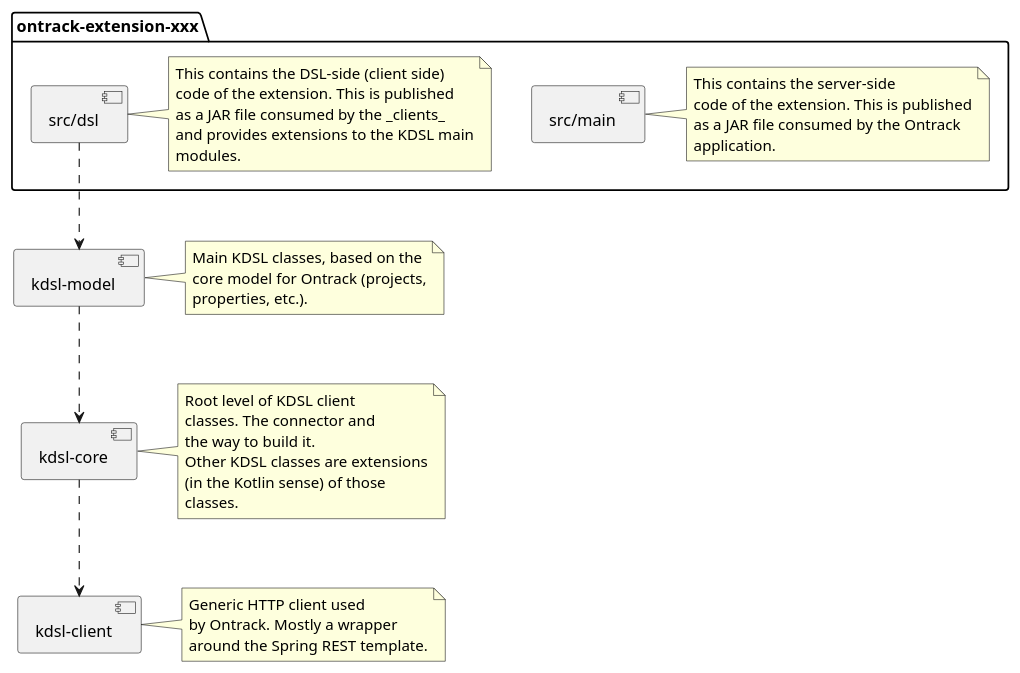
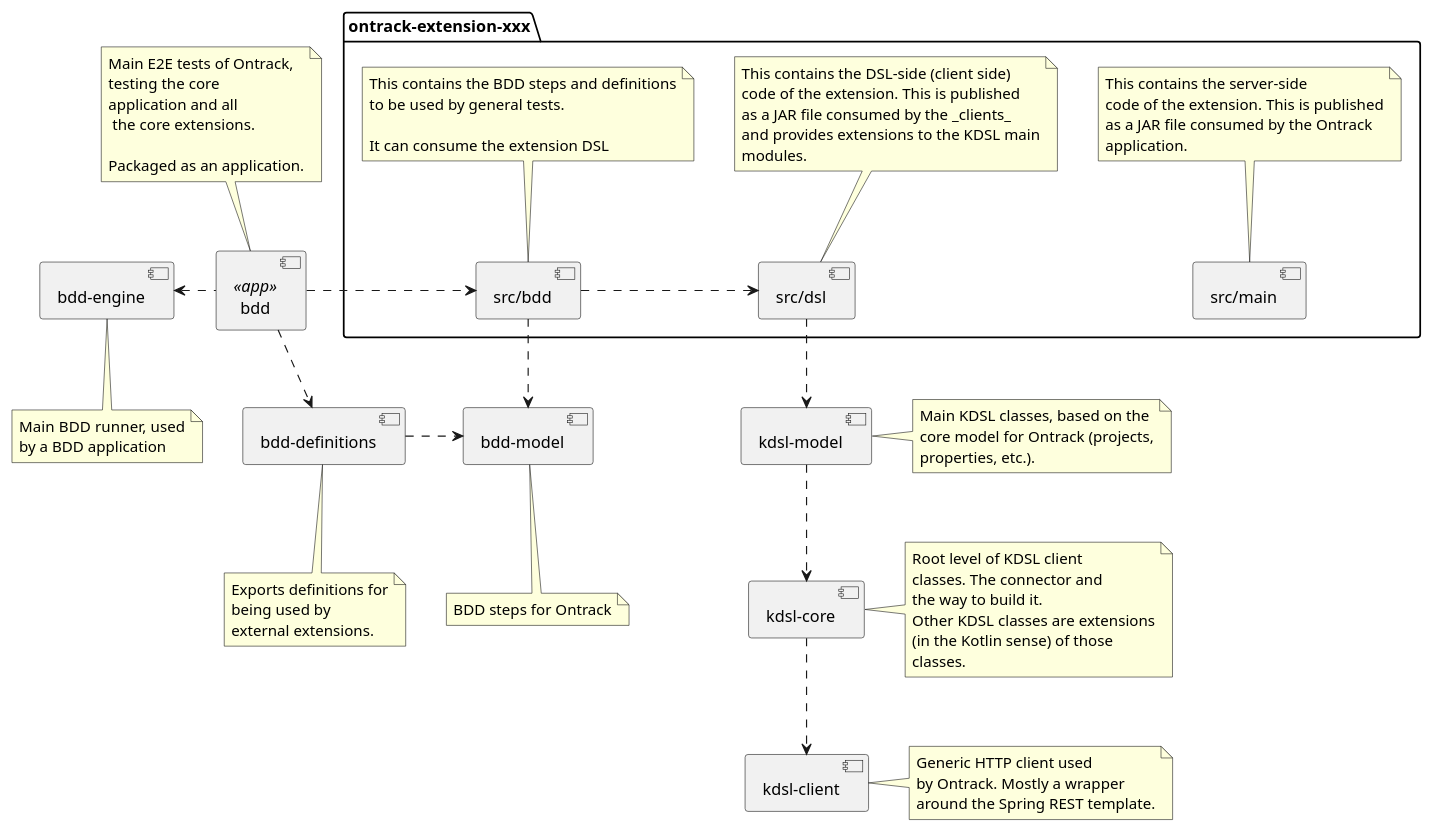
One commit to ReginaBabo/ontrack changed the diagram in ontrack-docs/src/docs/asciidoc/architecture-kdsl.puml. Above: the diagram before and after it, drawn with PlantUML.

Commit message:
[kdsl] Description of the BDD structure

```diff
--- a/ontrack-docs/src/docs/asciidoc/architecture-kdsl.puml
+++ b/ontrack-docs/src/docs/asciidoc/architecture-kdsl.puml
@@ -1,59 +1,109 @@
 @startuml
 
 component "kdsl-client" as KDSLClient
 
 note right of KDSLClient
     Generic HTTP client used
     by Ontrack. Mostly a wrapper
     around the Spring REST template.
 end note
 
 component "kdsl-core" as KDSLCore
 
 KDSLCore ..> KDSLClient
 
 note right of KDSLCore
     Root level of KDSL client
     classes. The connector and
     the way to build it.
     Other KDSL classes are extensions
     (in the Kotlin sense) of those
     classes.
 end note
 
 component "kdsl-model" as KDSLModel
 
 KDSLModel ..> KDSLCore
 
 note right of KDSLModel
     Main KDSL classes, based on the
     core model for Ontrack (projects,
     properties, etc.).
 end note
 
+component "bdd-model" as BDDModel
+
+note bottom of BDDModel
+    BDD steps for Ontrack
+end note
+
 package "ontrack-extension-xxx" {
 
     component "src/main" as ExtensionJAR
 
-    note right of ExtensionJAR
+    note top of ExtensionJAR
         This contains the server-side
         code of the extension. This is published
         as a JAR file consumed by the Ontrack
         application.
     end note
 
     component "src/dsl" as ExtensionDSL
 
     ExtensionDSL ..> KDSLModel
 
-    note right of ExtensionDSL
+    note top of ExtensionDSL
         This contains the DSL-side (client side)
         code of the extension. This is published
         as a JAR file consumed by the _clients_
         and provides extensions to the KDSL main
         modules.
     end note
 
+    component "src/bdd" as ExtensionBDD
+
+    note top of ExtensionBDD
+        This contains the BDD steps and definitions
+        to be used by general tests.
+
+        It can consume the extension DSL
+    end note
+
+    ExtensionBDD .right.> ExtensionDSL
+    ExtensionBDD .down.> BDDModel
+
 }
 
+component "bdd-engine" as BDDEngine
+
+note bottom of BDDEngine
+    Main BDD runner, used
+    by a BDD application
+end note
+
+component "bdd-definitions" as BDDDefinitions
+
+BDDDefinitions .right.> BDDModel
+
+note bottom of BDDDefinitions
+    Exports definitions for
+    being used by
+    external extensions.
+end note
+
+component "bdd" as BDDAcceptance <<app>>
+
+note top of BDDAcceptance
+    Main E2E tests of Ontrack,
+    testing the core
+    application and all
+     the core extensions.
+
+    Packaged as an application.
+end note
+
+BDDAcceptance .down.> BDDDefinitions
+BDDAcceptance .left.> BDDEngine
+BDDAcceptance .right.> ExtensionBDD
+
 @enduml
```
